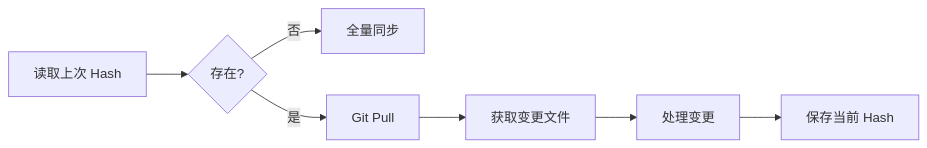
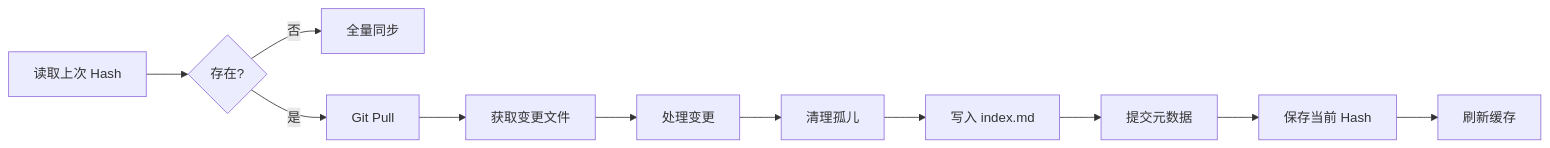
Before and after one commit to sumanin5/blog_fr: the third of 5 diagrams in backend/app/git_ops/README.md, drawn with Mermaid. The commit also changed other lines of this file and 27 other files, not shown here.

````diff
--- a/backend/app/git_ops/README.md
+++ b/backend/app/git_ops/README.md
@@ -240,9 +250,13 @@
 ```mermaid
 flowchart LR
     A[读取上次 Hash] --> B{存在?}
     B -->|否| C[全量同步]
     B -->|是| D[Git Pull]
     D --> E[获取变更文件]
     E --> F[处理变更]
-    F --> G[保存当前 Hash]
+    F --> G[清理孤儿]
+    G --> H[写入 index.md]
+    H --> I[提交元数据]
+    I --> J[保存当前 Hash]
+    J --> K[刷新缓存]
 ```
````
